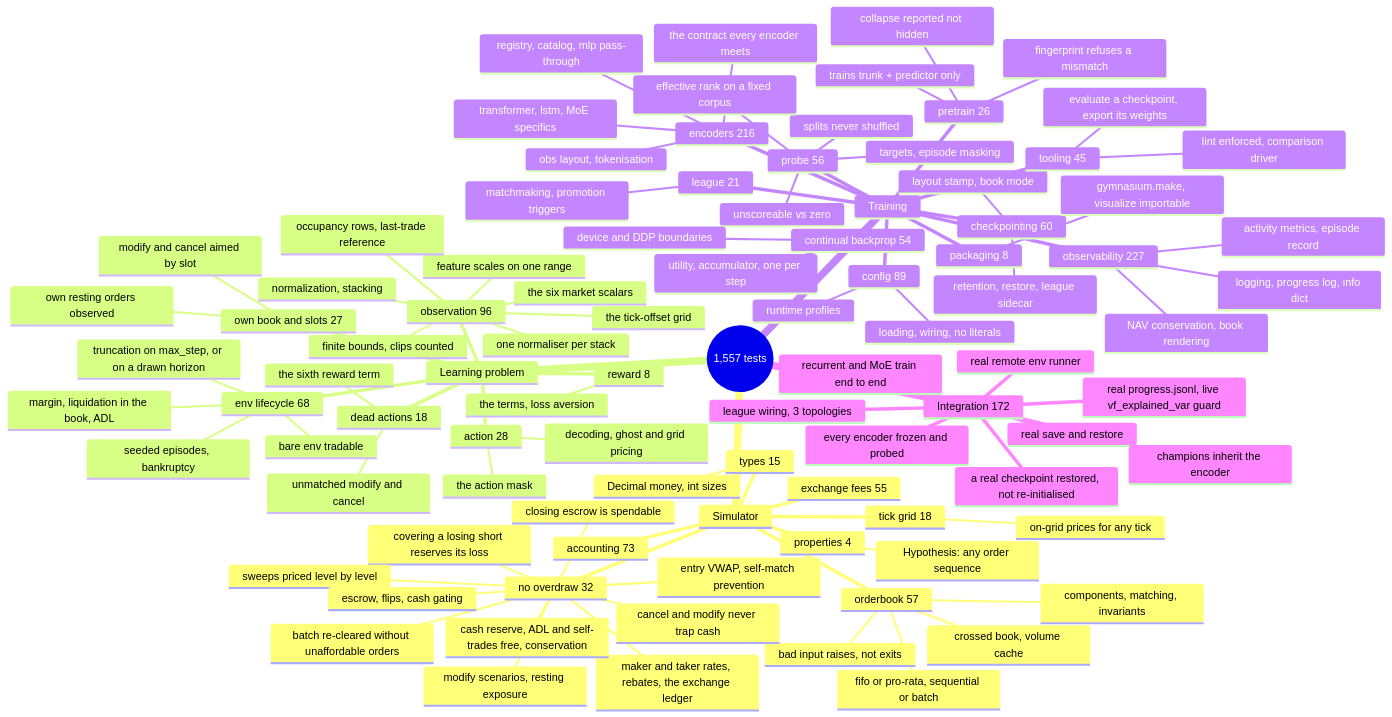
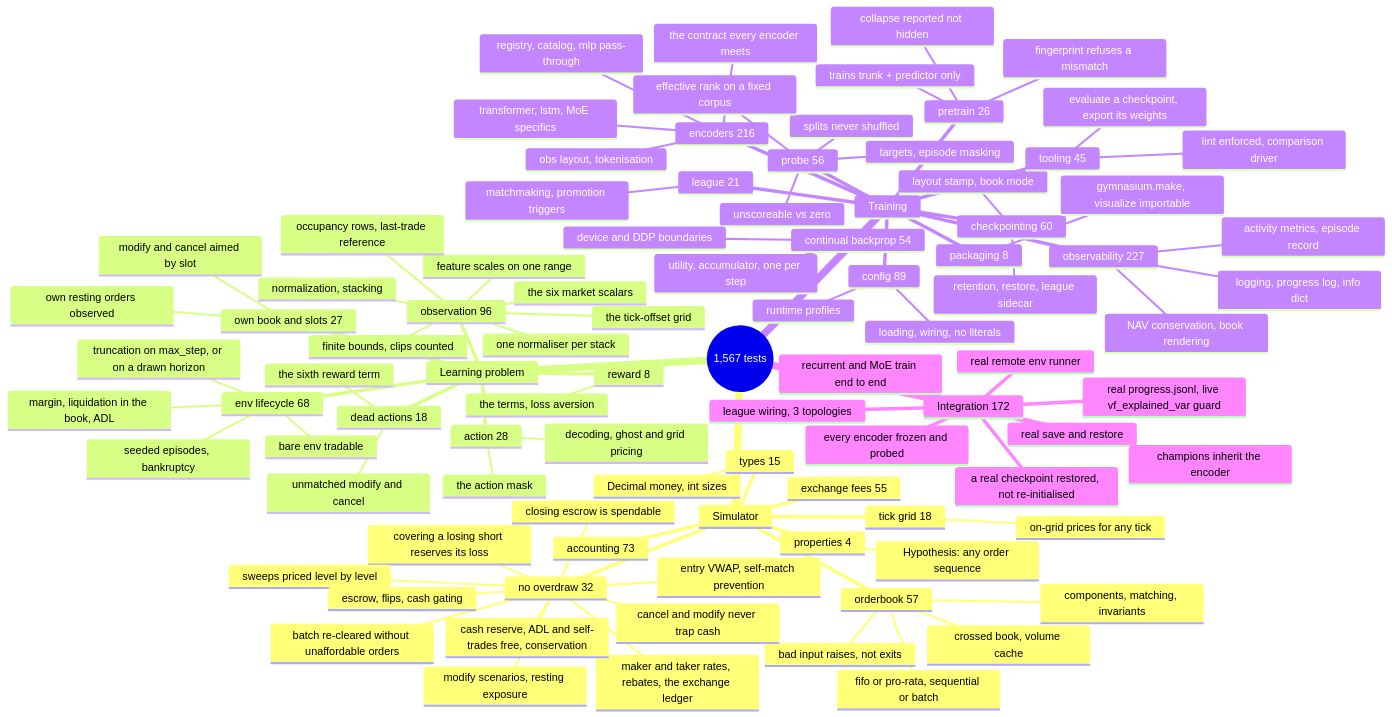
One commit to ChuaCheowHuan/gym-continuousDoubleAuction changed the diagram in doc/10_testing.md. Above: the diagram before and after it, drawn with Mermaid. The commit also changed other lines of this file and 8 other files, not shown here.

````diff
--- a/doc/10_testing.md
+++ b/doc/10_testing.md
@@ -149,6 +149,6 @@
 ```mermaid
 mindmap
-  root((1,557 tests))
+  root((1,567 tests))
     Simulator
       orderbook 57
         components, matching, invariants
````
